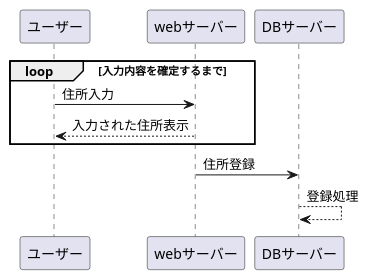
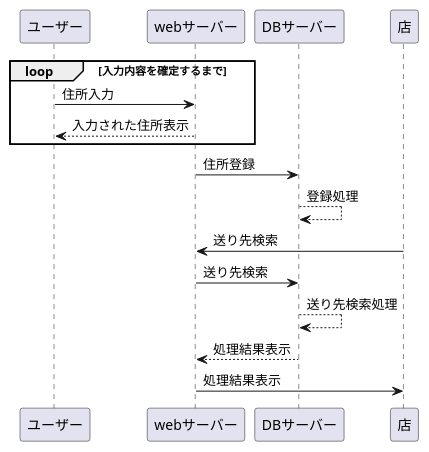
One commit to Aso2001026/2021sys-design changed the diagram in md/original/original-flow2.md. Above: the diagram before and after it, drawn with PlantUML.

````diff
--- a/md/original/original-flow2.md
+++ b/md/original/original-flow2.md
@@ -1,12 +1,16 @@
 ```uml
 @startuml
 loop 入力内容を確定するまで
 ユーザー -> webサーバー : 住所入力
 webサーバー --> ユーザー :入力された住所表示
 end
 webサーバー -> DBサーバー : 住所登録
 DBサーバー --> DBサーバー : 登録処理
-
+店 -> webサーバー : 送り先検索
+webサーバー -> DBサーバー: 送り先検索
+DBサーバー --> DBサーバー : 送り先検索処理
+DBサーバー --> webサーバー: 処理結果表示
+webサーバー -> 店 :処理結果表示
 
 @enduml
 ```
````
